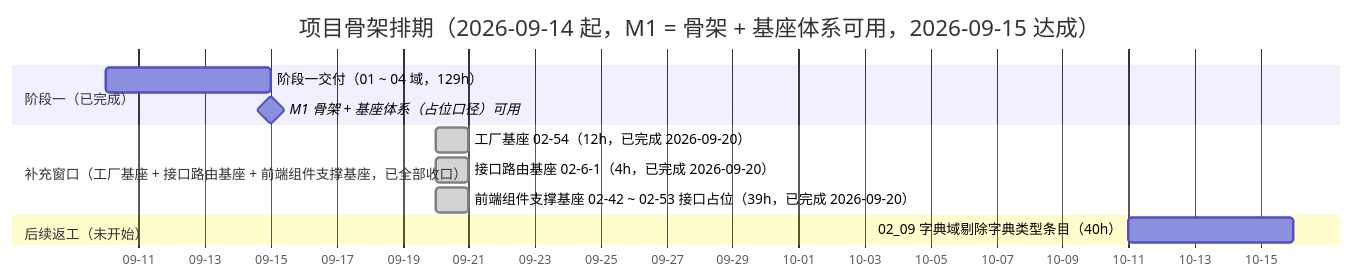
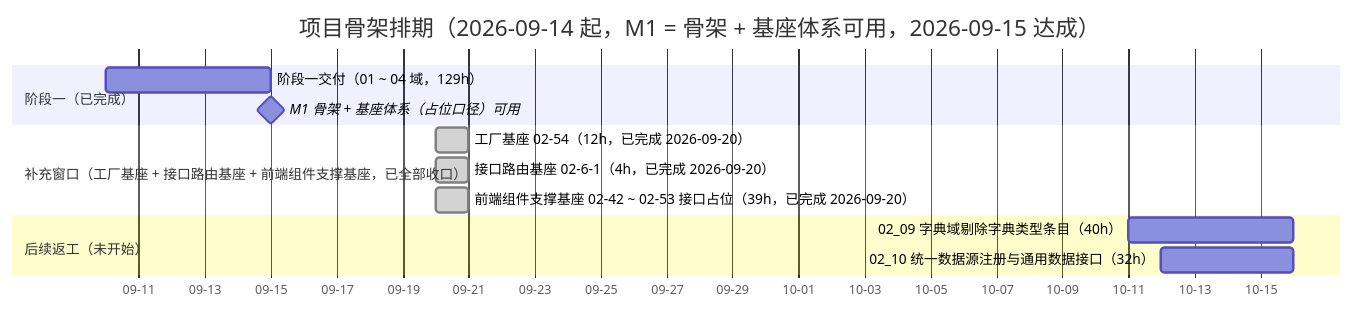
The diagram in bms文档/项目/01_项目骨架/计划/01_计划_项目骨架.md (minjian123/basic-management-system), drawn with Mermaid before and after one commit. The commit also changed other lines of this file and 22 other files, not shown here.

````diff
--- a/bms文档/项目/01_项目骨架/计划/01_计划_项目骨架.md
+++ b/bms文档/项目/01_项目骨架/计划/01_计划_项目骨架.md
@@ -153,15 +154,16 @@
 ```mermaid
 gantt
     title 项目骨架排期（2026-09-14 起，M1 = 骨架 + 基座体系可用，2026-09-15 达成）
     dateFormat  YYYY-MM-DD
     axisFormat %m-%d
     section 阶段一（已完成）
     阶段一交付（01 ~ 04 域，129h） :done1, 2026-09-10, 2026-09-15
     M1 骨架 + 基座体系（占位口径）可用 :milestone, m1, 2026-09-15, 0d
     section 补充窗口（工厂基座 + 接口路由基座 + 前端组件支撑基座，已全部收口）
     工厂基座 02-54（12h，已完成 2026-09-20） :done, fac, 2026-09-20, 1d
     接口路由基座 02-6-1（4h，已完成 2026-09-20） :done, route, 2026-09-20, 1d
     前端组件支撑基座 02-42 ~ 02-53 接口占位（39h，已完成 2026-09-20） :done, supp, 2026-09-20, 1d
     section 后续返工（未开始）
     02_09 字典域剔除字典类型条目（40h） :d09, 2026-10-11, 2026-10-16
+    02_10 统一数据源注册与通用数据接口（32h） :d10, 2026-10-12, 2026-10-16
 ```
````
